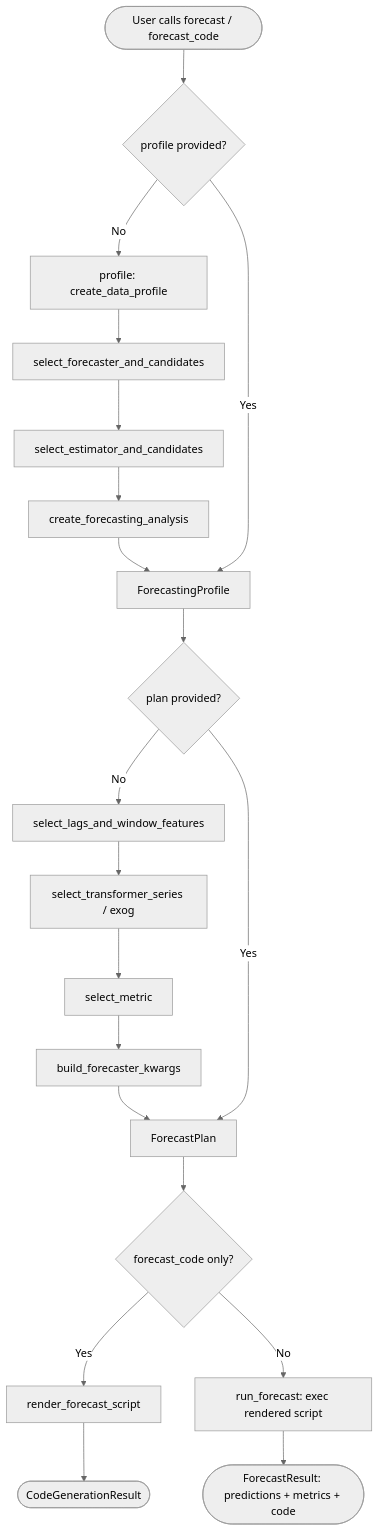
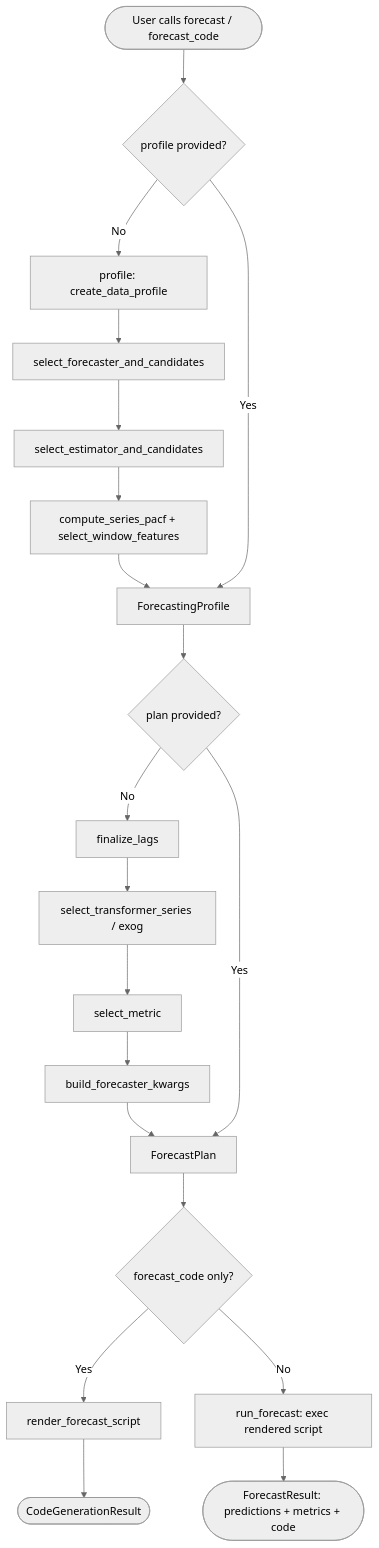
One commit to skforecast/skforecast-ai changed the first of 3 diagrams in docs/user_guides/forecasting_assistant_audit.md. Above: the diagram before and after it, drawn with Mermaid (neutral theme). The commit also changed other lines of this file and 38 other files, not shown here.

First line of the commit message:
Refactor tests for autoregressive feature selection and window features

````diff
--- a/docs/user_guides/forecasting_assistant_audit.md
+++ b/docs/user_guides/forecasting_assistant_audit.md
@@ -47,22 +47,22 @@
 ```mermaid
 flowchart TD
     A([User calls forecast / forecast_code]) --> B{profile provided?}
     B -- No --> C[profile: create_data_profile]
     C --> D[select_forecaster_and_candidates]
     D --> E[select_estimator_and_candidates]
-    E --> F[create_forecasting_analysis]
+    E --> F[compute_series_pacf + select_window_features]
     F --> G[ForecastingProfile]
     B -- Yes --> G
     G --> H{plan provided?}
-    H -- No --> I[select_lags_and_window_features]
+    H -- No --> I[finalize_lags]
     I --> J[select_transformer_series / exog]
     J --> K[select_metric]
     K --> L[build_forecaster_kwargs]
     L --> M[ForecastPlan]
     H -- Yes --> M
     M --> N{forecast_code only?}
     N -- Yes --> O[render_forecast_script]
     O --> P([CodeGenerationResult])
     N -- No --> Q[run_forecast: exec rendered script]
     Q --> R([ForecastResult: predictions + metrics + code])
 ```
````
